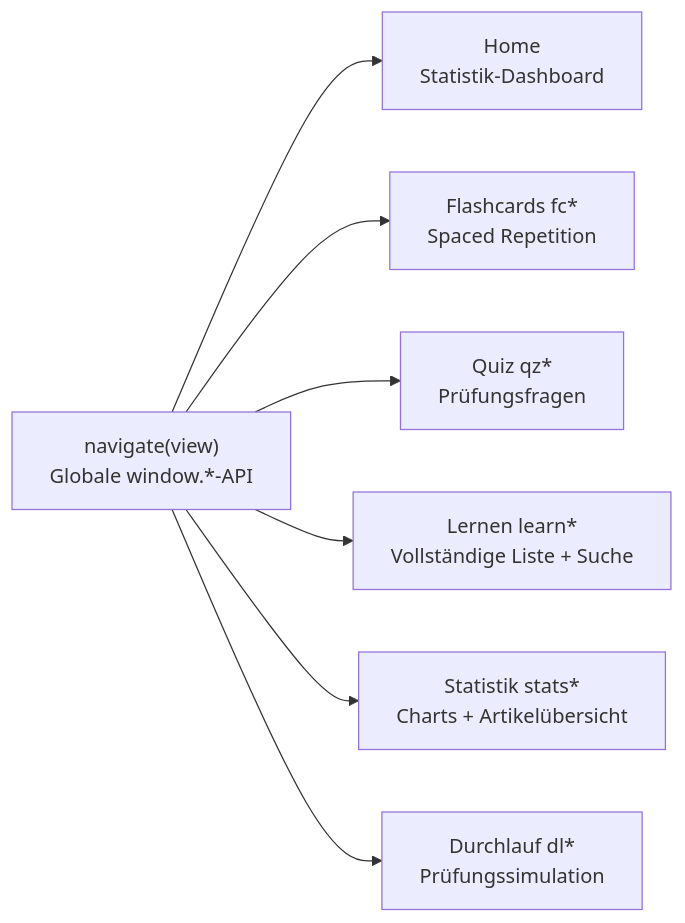
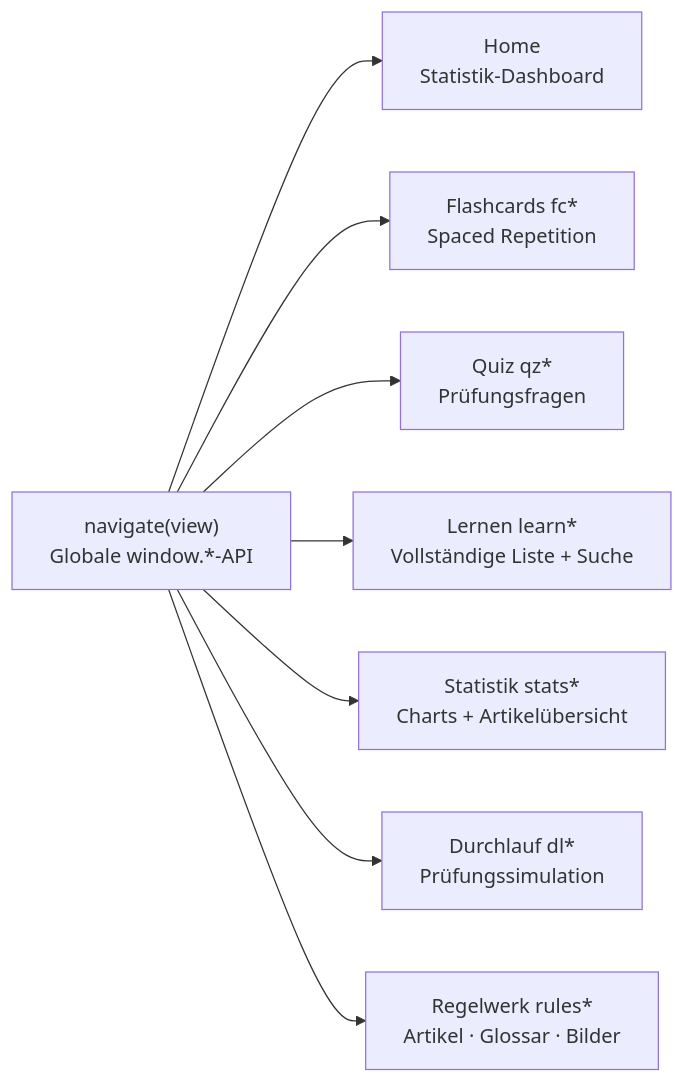
One commit to OliEder/dbb-regelkunde changed the fourth of 9 diagrams in docs/arc42.md. Above: the diagram before and after it, drawn with Mermaid. The commit also changed other lines of this file and 3 other files, not shown here.

````diff
--- a/docs/arc42.md
+++ b/docs/arc42.md
@@ -148,11 +155,12 @@
 ```mermaid
 graph LR
     NAV["navigate(view)\nGlobale window.*-API"]
 
     NAV --> HOME["Home\nStatistik-Dashboard"]
     NAV --> FC["Flashcards fc*\nSpaced Repetition"]
     NAV --> QUIZ["Quiz qz*\nPrüfungsfragen"]
     NAV --> LEARN["Lernen learn*\nVollständige Liste + Suche"]
     NAV --> STATS["Statistik stats*\nCharts + Artikelübersicht"]
     NAV --> DL["Durchlauf dl*\nPrüfungssimulation"]
+    NAV --> REGELN["Regelwerk rules*\nArtikel · Glossar · Bilder"]
 ```
````
